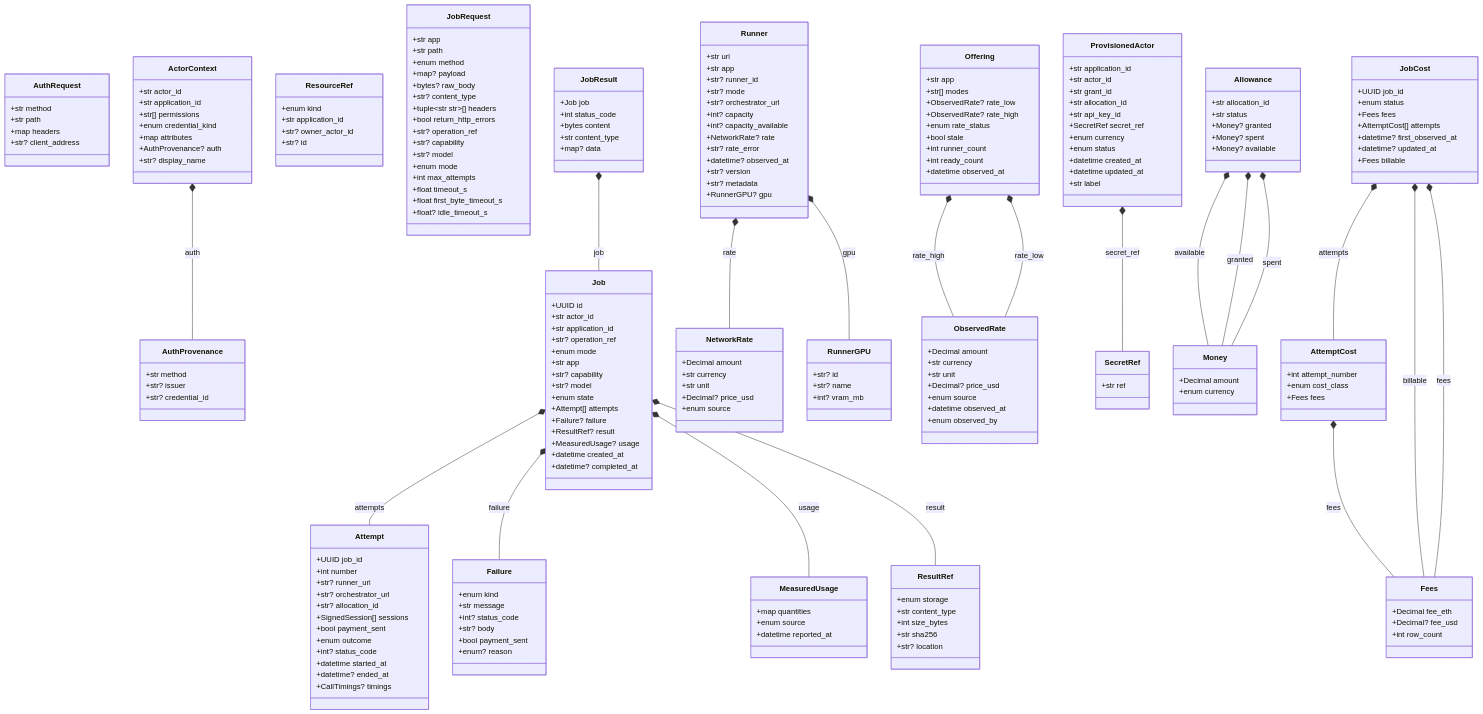
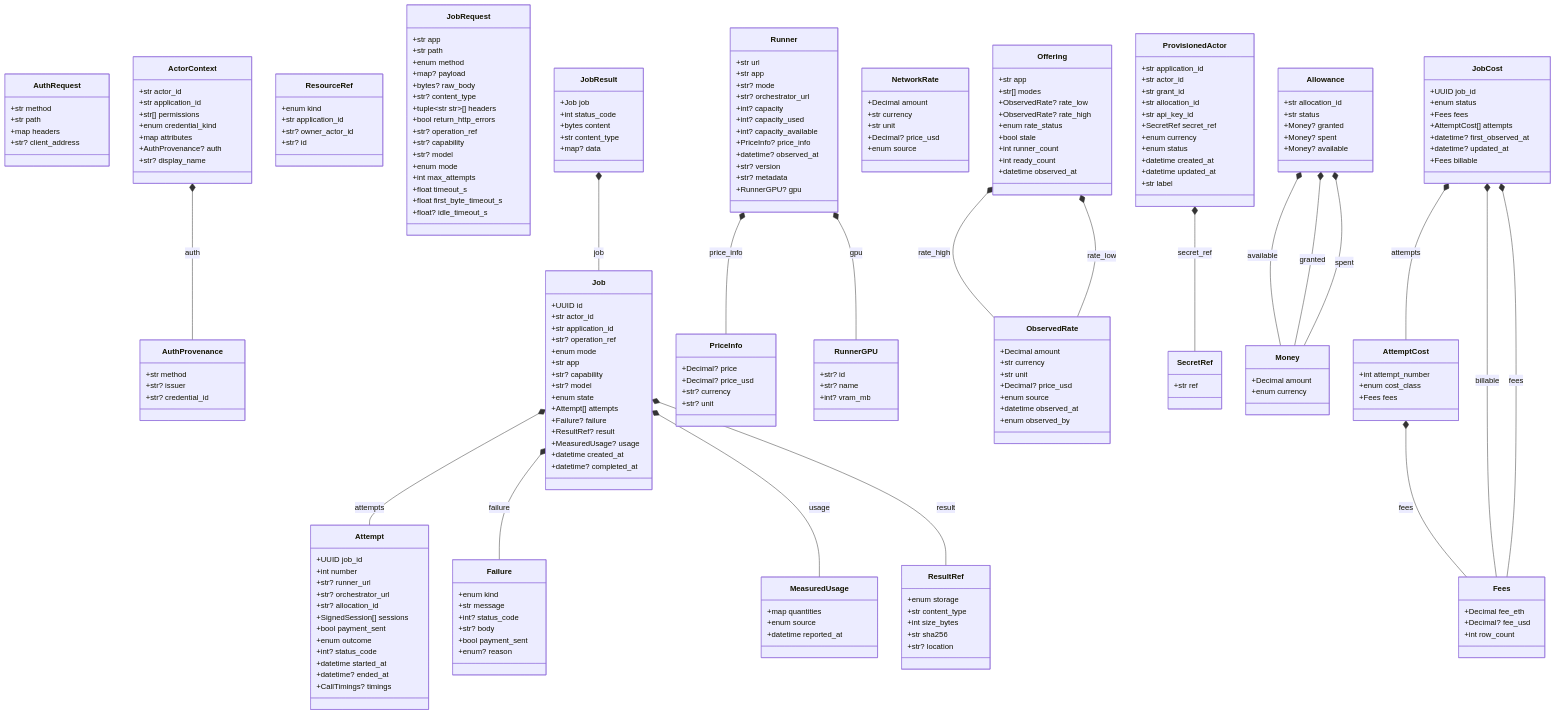
The diagram in docs/generated/contracts.md (NE-Build-Track/livepeer-builder-core), drawn with Mermaid before and after one commit. The commit also changed 68 other files, not shown here.

````diff
--- a/docs/generated/contracts.md
+++ b/docs/generated/contracts.md
@@ -111,13 +111,12 @@
     class Runner {
         +str url
         +str app
-        +str? runner_id
         +str? mode
         +str? orchestrator_url
         +int? capacity
+        +int? capacity_used
         +int? capacity_available
-        +NetworkRate? rate
-        +str? rate_error
+        +PriceInfo? price_info
         +datetime? observed_at
         +str? version
         +str? metadata
@@ -127,6 +126,12 @@
         +str? id
         +str? name
         +int? vram_mb
+    }
+    class PriceInfo {
+        +Decimal? price
+        +Decimal? price_usd
+        +str? currency
+        +str? unit
     }
     class NetworkRate {
         +Decimal amount
@@ -217,6 +222,6 @@
     Offering *-- ObservedRate : rate_high
     Offering *-- ObservedRate : rate_low
     ProvisionedActor *-- SecretRef : secret_ref
-    Runner *-- NetworkRate : rate
+    Runner *-- PriceInfo : price_info
     Runner *-- RunnerGPU : gpu
 ```
````
